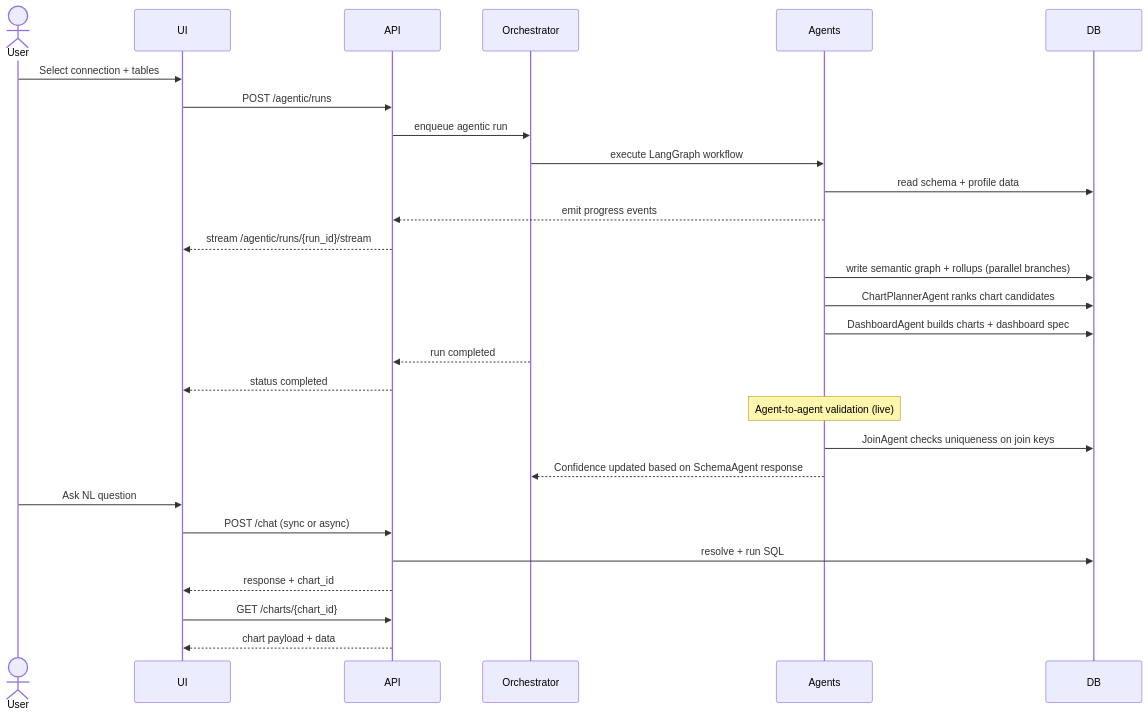
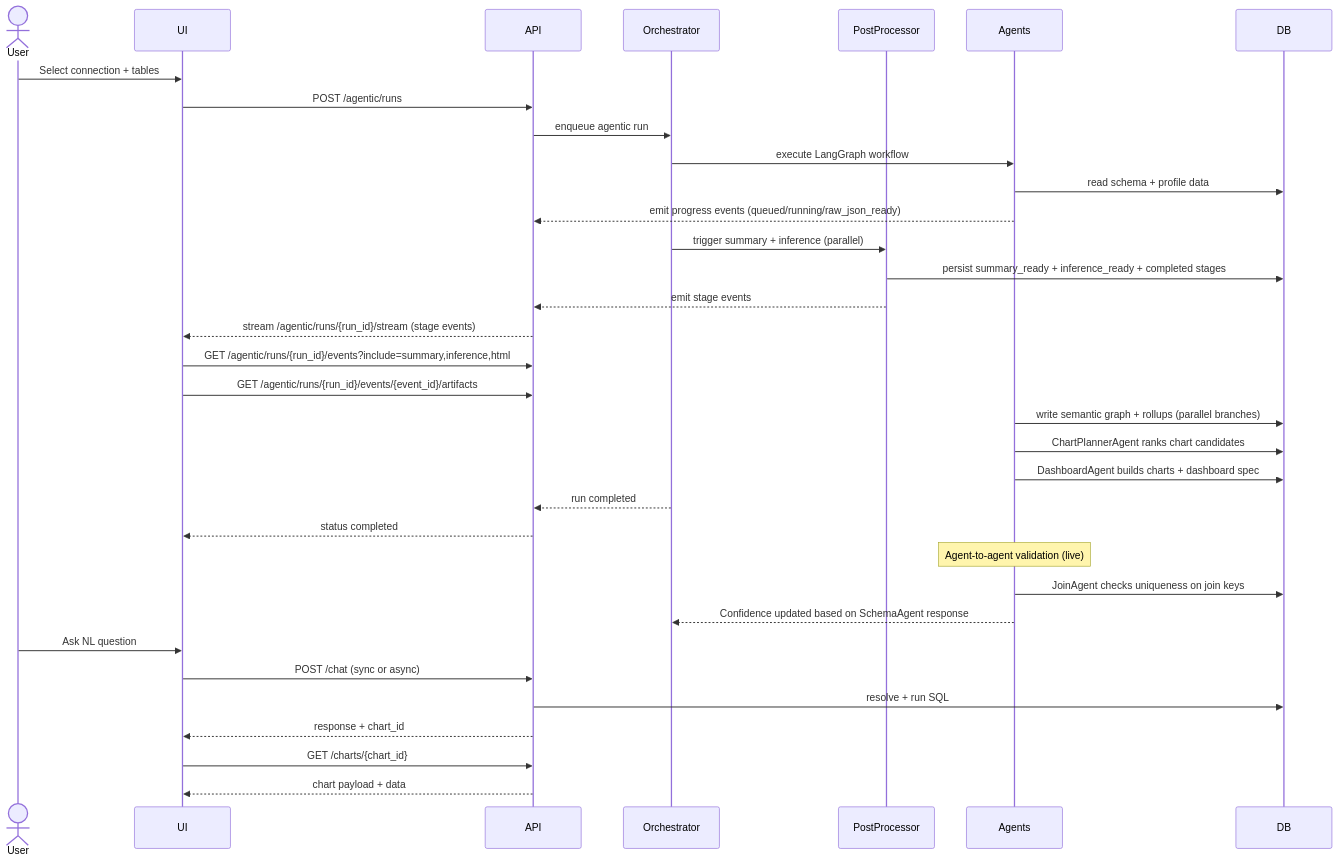
Before and after one commit to cvarma2311/quantyx-core: the second of 2 diagrams in docs/implementation_plans/Phase_Agentic_Semantic_Platform/19_System_Architecture.md, drawn with Mermaid. The commit also changed other lines of this file and 15 other files, not shown here.

````diff
--- a/docs/implementation_plans/Phase_Agentic_Semantic_Platform/19_System_Architecture.md
+++ b/docs/implementation_plans/Phase_Agentic_Semantic_Platform/19_System_Architecture.md
@@ -110,34 +125,40 @@
 ```mermaid
 sequenceDiagram
   actor User
   participant UI
   participant API
   participant Orchestrator
+  participant PostProcessor
   participant Agents
   participant DB
 
   User->>UI: Select connection + tables
   UI->>API: POST /agentic/runs
   API->>Orchestrator: enqueue agentic run
   Orchestrator->>Agents: execute LangGraph workflow
   Agents->>DB: read schema + profile data
-  Agents-->>API: emit progress events
-  API-->>UI: stream /agentic/runs/{run_id}/stream
+  Agents-->>API: emit progress events (queued/running/raw_json_ready)
+  Orchestrator->>PostProcessor: trigger summary + inference (parallel)
+  PostProcessor->>DB: persist summary_ready + inference_ready + completed stages
+  PostProcessor-->>API: emit stage events
+  API-->>UI: stream /agentic/runs/{run_id}/stream (stage events)
+  UI->>API: GET /agentic/runs/{run_id}/events?include=summary,inference,html
+  UI->>API: GET /agentic/runs/{run_id}/events/{event_id}/artifacts
 
   Agents->>DB: write semantic graph + rollups (parallel branches)
   Agents->>DB: ChartPlannerAgent ranks chart candidates
   Agents->>DB: DashboardAgent builds charts + dashboard spec
   Orchestrator-->>API: run completed
   API-->>UI: status completed
 
   Note over Agents: Agent-to-agent validation (live)
   Agents->>DB: JoinAgent checks uniqueness on join keys
   Agents-->>Orchestrator: Confidence updated based on SchemaAgent response
 
   User->>UI: Ask NL question
   UI->>API: POST /chat (sync or async)
   API->>DB: resolve + run SQL
   API-->>UI: response + chart_id
   UI->>API: GET /charts/{chart_id}
   API-->>UI: chart payload + data
 ```
````
